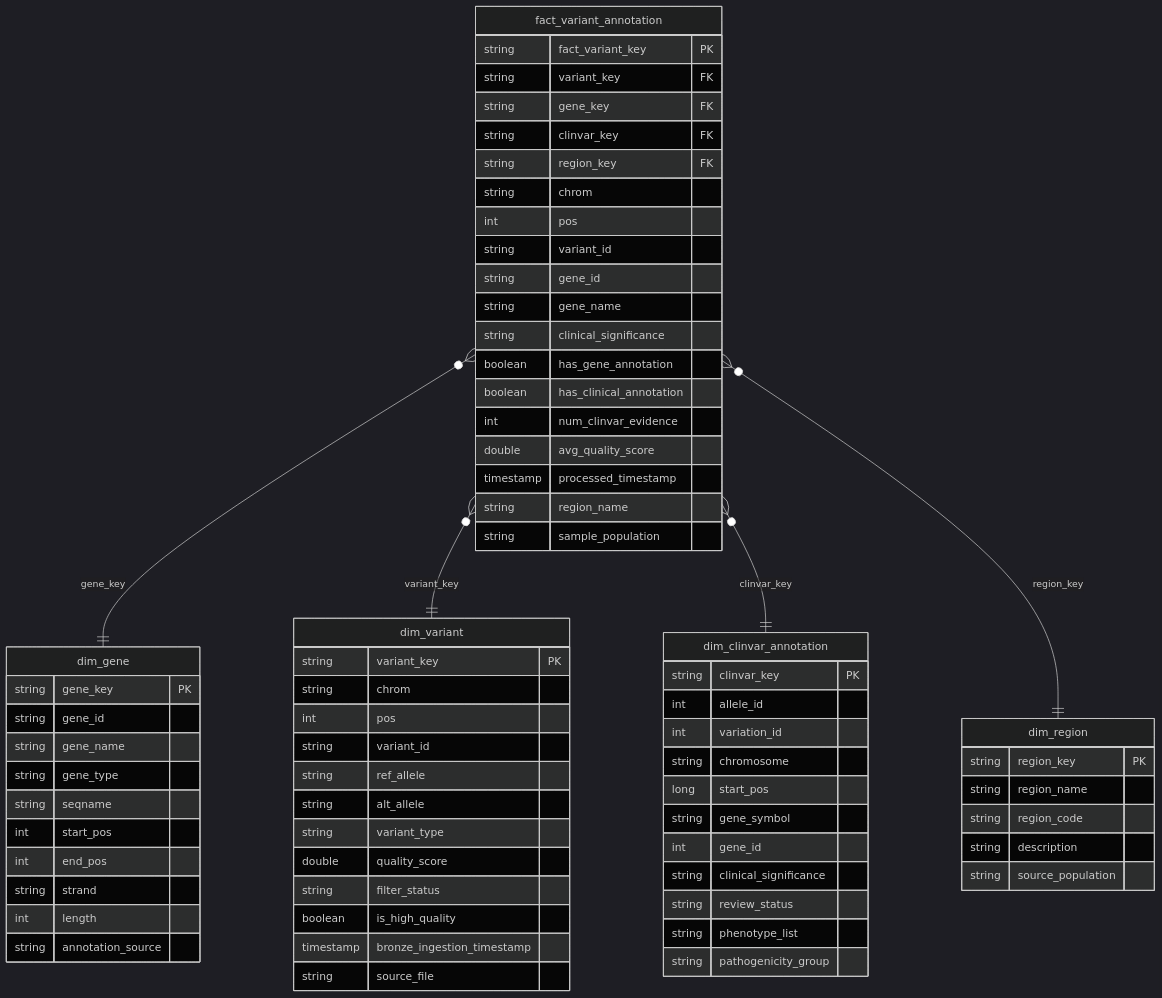
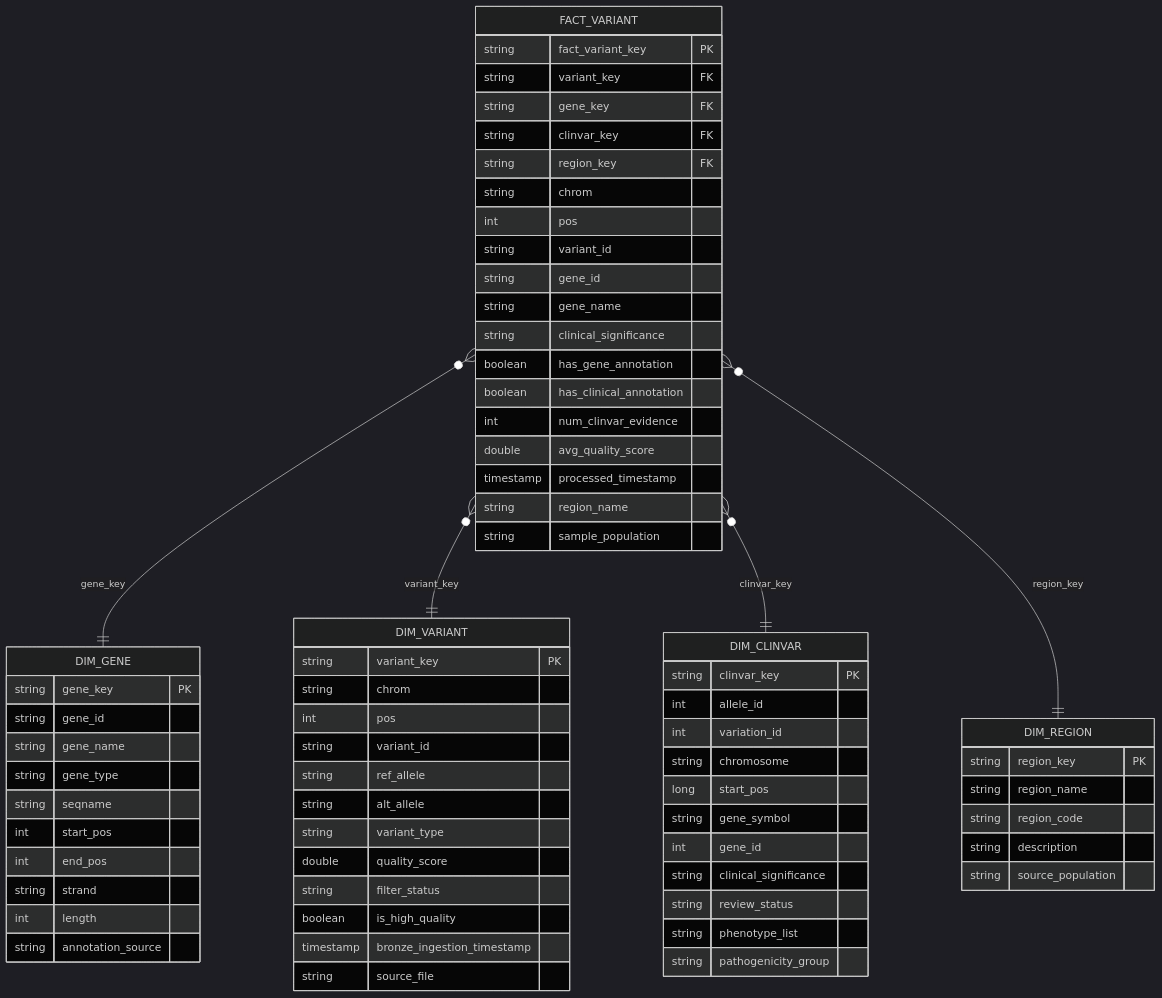
One commit to Manasa0512/Genomics_pipeline changed the first of 3 diagrams in pipeline_diagram.md. Above: the diagram before and after it, drawn with Mermaid (dark theme).

````diff
--- a/pipeline_diagram.md
+++ b/pipeline_diagram.md
@@ -31,78 +31,78 @@
 ```mermaid
 erDiagram
-    fact_variant_annotation {
+    FACT_VARIANT {
         string fact_variant_key PK
         string variant_key FK
         string gene_key FK
         string clinvar_key FK
         string region_key FK
         string chrom
         int pos
         string variant_id
         string gene_id
         string gene_name
         string clinical_significance
         boolean has_gene_annotation
         boolean has_clinical_annotation
         int num_clinvar_evidence
         double avg_quality_score
         timestamp processed_timestamp
         string region_name
         string sample_population
     }
 
-    dim_gene {
+    DIM_GENE {
         string gene_key PK
         string gene_id
         string gene_name
         string gene_type
         string seqname
         int start_pos
         int end_pos
         string strand
         int length
         string annotation_source
     }
 
-    dim_variant {
+    DIM_VARIANT {
         string variant_key PK
         string chrom
         int pos
         string variant_id
         string ref_allele
         string alt_allele
         string variant_type
         double quality_score
         string filter_status
         boolean is_high_quality
         timestamp bronze_ingestion_timestamp
         string source_file
     }
 
-    dim_clinvar_annotation {
+    DIM_CLINVAR {
         string clinvar_key PK
         int allele_id
         int variation_id
         string chromosome
         long start_pos
         string gene_symbol
         int gene_id
         string clinical_significance
         string review_status
         string phenotype_list
         string pathogenicity_group
     }
 
-    dim_region {
+    DIM_REGION {
         string region_key PK
         string region_name
         string region_code
         string description
         string source_population
     }
 
-    fact_variant_annotation }o--|| dim_gene : gene_key
-    fact_variant_annotation }o--|| dim_variant : variant_key
-    fact_variant_annotation }o--|| dim_clinvar_annotation : clinvar_key
-    fact_variant_annotation }o--|| dim_region : region_key
+    FACT_VARIANT }o--|| DIM_GENE : gene_key
+    FACT_VARIANT }o--|| DIM_VARIANT : variant_key
+    FACT_VARIANT }o--|| DIM_CLINVAR : clinvar_key
+    FACT_VARIANT }o--|| DIM_REGION : region_key
 ```
````
